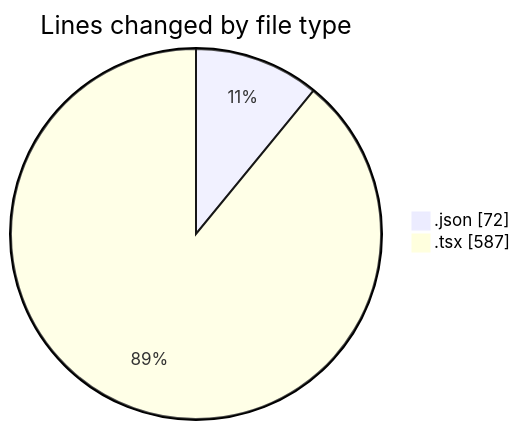
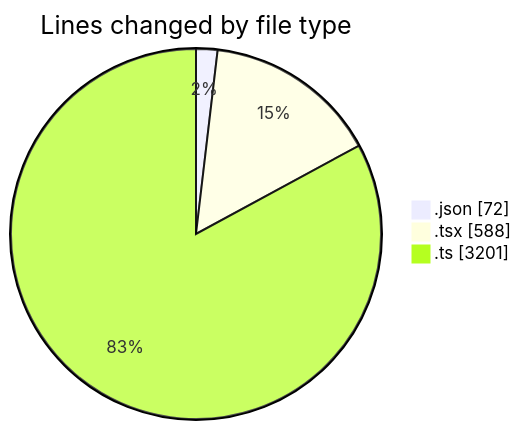
The first of 2 diagrams in 2025-07-28/cda/README.md (momahboobian/code-tracking), drawn with Mermaid before and after one commit. The commit also changed other lines of this file and 1 other file, not shown here.

````diff
--- a/2025-07-28/cda/README.md
+++ b/2025-07-28/cda/README.md
@@ -21,6 +22,7 @@
 ```mermaid
 pie showData
 title Lines changed by file type
 ".json" : 72
-".tsx" : 587
+".tsx" : 588
+".ts" : 3201
 ```
````
